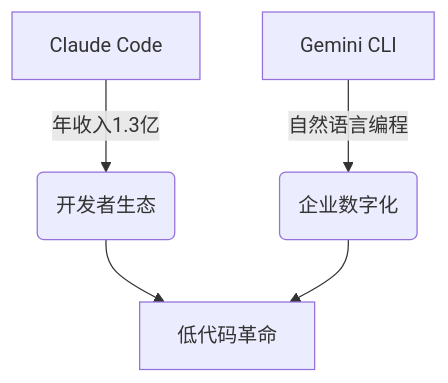
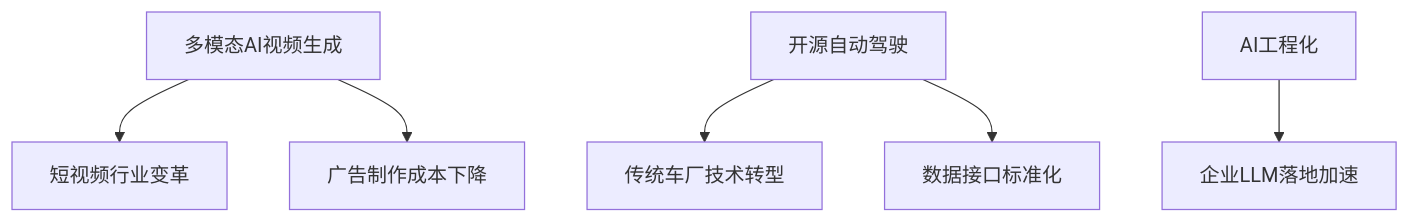
One commit to WarrenHao/AiDaily changed the second of 2 diagrams in daily/2025-07-08.md. Above: the diagram before and after it, drawn with Mermaid. The commit also changed other lines of this file, not shown here.

````diff
--- a/daily/2025-07-08.md
+++ b/daily/2025-07-08.md
@@ -57,7 +65,8 @@
 ```mermaid
 graph TD
-  A[Claude Code] -->|年收入1.3亿| B(开发者生态)
-  C[Gemini CLI] -->|自然语言编程| D(企业数字化)
-  B --> E[低代码革命]
-  D --> E
+    A[多模态AI视频生成] --> B[短视频行业变革]
+    A --> C[广告制作成本下降]
+    D[开源自动驾驶] --> E[传统车厂技术转型]
+    D --> F[数据接口标准化]
+    G[AI工程化] --> H[企业LLM落地加速]
 ```
````
